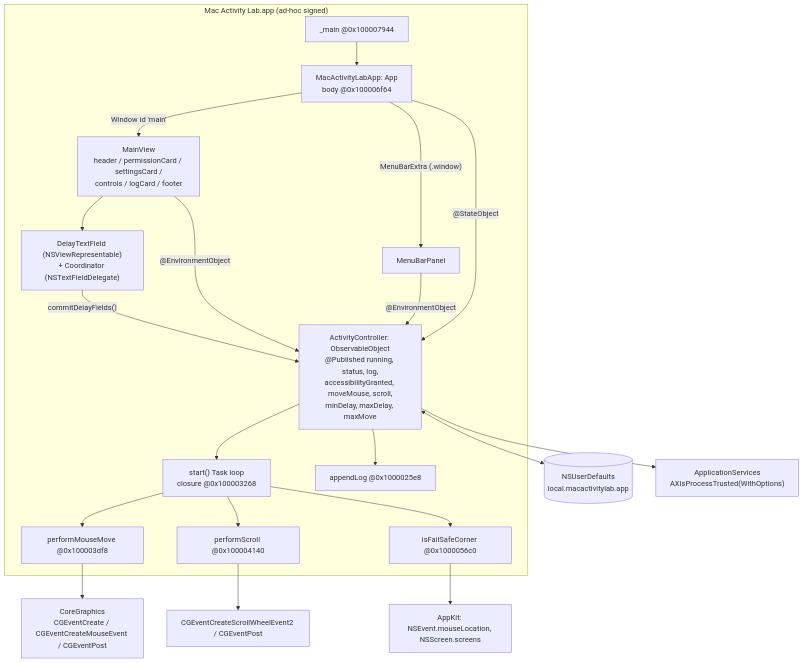
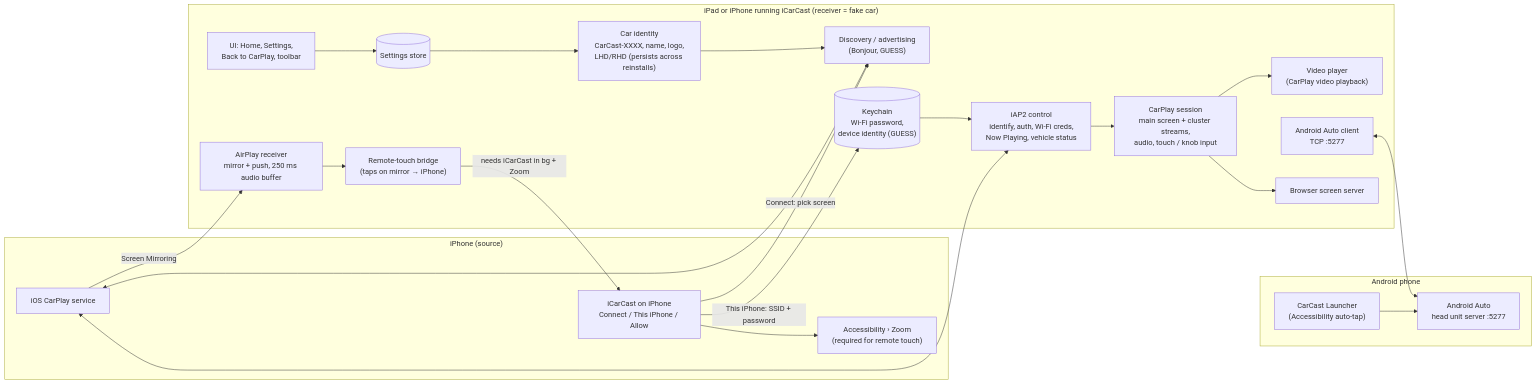
The diagram in notes/ARCHITECTURE.md (rudkowski-dominik/Activity-LAB), drawn with Mermaid before and after one commit. The commit also changed other lines of this file and 5 other files, not shown here.

First line of the commit message:
Map iCarCast from carcast-public docs; move DMG notes to subfolder

````diff
--- a/notes/ARCHITECTURE.md
+++ b/notes/ARCHITECTURE.md
@@ -53,23 +45,45 @@
 ```mermaid
-flowchart TD
-    subgraph Bundle["Mac Activity Lab.app (ad-hoc signed)"]
-        MAIN["_main @0x100007944"] --> APP["MacActivityLabApp: App<br/>body @0x100006f64"]
-        APP -->|"Window id 'main'"| MV["MainView<br/>header / permissionCard / settingsCard /<br/>controls / logCard / footer"]
-        APP -->|"MenuBarExtra (.window)"| MBP["MenuBarPanel"]
-        MV --> DTF["DelayTextField (NSViewRepresentable)<br/>+ Coordinator (NSTextFieldDelegate)"]
-        MV -- "@EnvironmentObject" --> CTL
-        MBP -- "@EnvironmentObject" --> CTL
-        DTF -- "commitDelayFields()" --> CTL
-        APP -- "@StateObject" --> CTL["ActivityController: ObservableObject<br/>@Published running, status, log,<br/>accessibilityGranted, moveMouse, scroll,<br/>minDelay, maxDelay, maxMove"]
-        CTL --> LOOP["start() Task loop<br/>closure @0x100003268"]
-        LOOP --> MM["performMouseMove @0x100003df8"]
-        LOOP --> SC["performScroll @0x100004140"]
-        LOOP --> FS["isFailSafeCorner @0x1000056c0"]
-        CTL --> LOG["appendLog @0x1000025e8"]
+flowchart LR
+    subgraph IP["iPhone (source)"]
+        IOS["iOS CarPlay service"]
+        ICC_P["iCarCast on iPhone<br/>Connect / This iPhone / Allow"]
+        ZOOM["Accessibility › Zoom<br/>(required for remote touch)"]
     end
-    CTL <--> UD[("NSUserDefaults<br/>local.macactivitylab.app")]
-    CTL --> AX["ApplicationServices<br/>AXIsProcessTrusted(WithOptions)"]
-    MM --> CG["CoreGraphics<br/>CGEventCreate / CGEventCreateMouseEvent / CGEventPost"]
-    SC --> CG2["CGEventCreateScrollWheelEvent2 / CGEventPost"]
-    FS --> NS["AppKit: NSEvent.mouseLocation, NSScreen.screens"]
+
+    subgraph REC["iPad or iPhone running iCarCast (receiver = fake car)"]
+        UI["UI: Home, Settings,<br/>Back to CarPlay, toolbar"]
+        ID["Car identity<br/>CarCast-XXXX, name, logo,<br/>LHD/RHD (persists across reinstalls)"]
+        DISC["Discovery / advertising<br/>(Bonjour, GUESS)"]
+        IAP2["iAP2 control<br/>identify, auth, Wi-Fi creds,<br/>Now Playing, vehicle status"]
+        CPS["CarPlay session<br/>main screen + cluster streams,<br/>audio, touch / knob input"]
+        VID["Video player<br/>(CarPlay video playback)"]
+        AP["AirPlay receiver<br/>mirror + push, 250 ms audio buffer"]
+        RT["Remote-touch bridge<br/>(taps on mirror → iPhone)"]
+        AA["Android Auto client<br/>TCP :5277"]
+        WEB["Browser screen server"]
+        KC[("Keychain<br/>Wi-Fi password,<br/>device identity (GUESS)")]
+        PREFS[("Settings store")]
+    end
+
+    subgraph AND["Android phone"]
+        LAUNCH["CarCast Launcher<br/>(Accessibility auto-tap)"]
+        HUS["Android Auto<br/>head unit server :5277"]
+    end
+
+    UI --> PREFS --> ID
+    ID --> DISC
+    DISC <--> IOS
+    IOS <--> IAP2
+    IAP2 --> CPS
+    CPS --> VID
+    ICC_P -- "Connect: pick screen" --> DISC
+    ICC_P -- "This iPhone: SSID + password" --> KC
+    KC --> IAP2
+    IOS -- "Screen Mirroring" --> AP
+    AP --> RT
+    RT -- "needs iCarCast in bg + Zoom" --> ICC_P
+    ICC_P --> ZOOM
+    LAUNCH --> HUS
+    AA <--> HUS
+    CPS --> WEB
 ```
````
